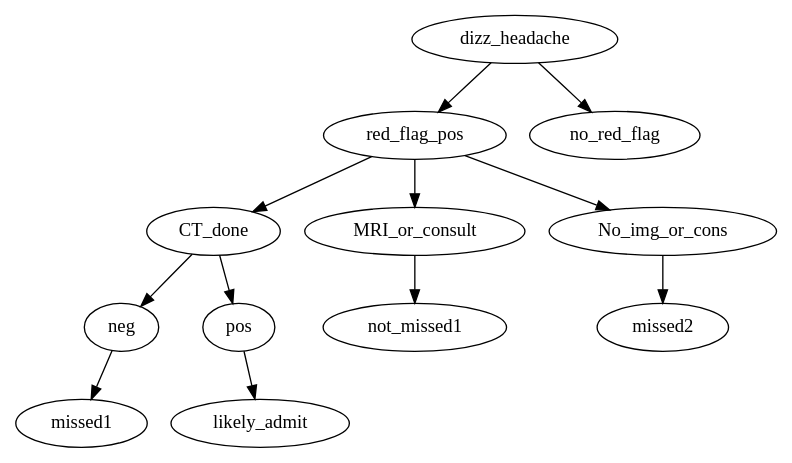
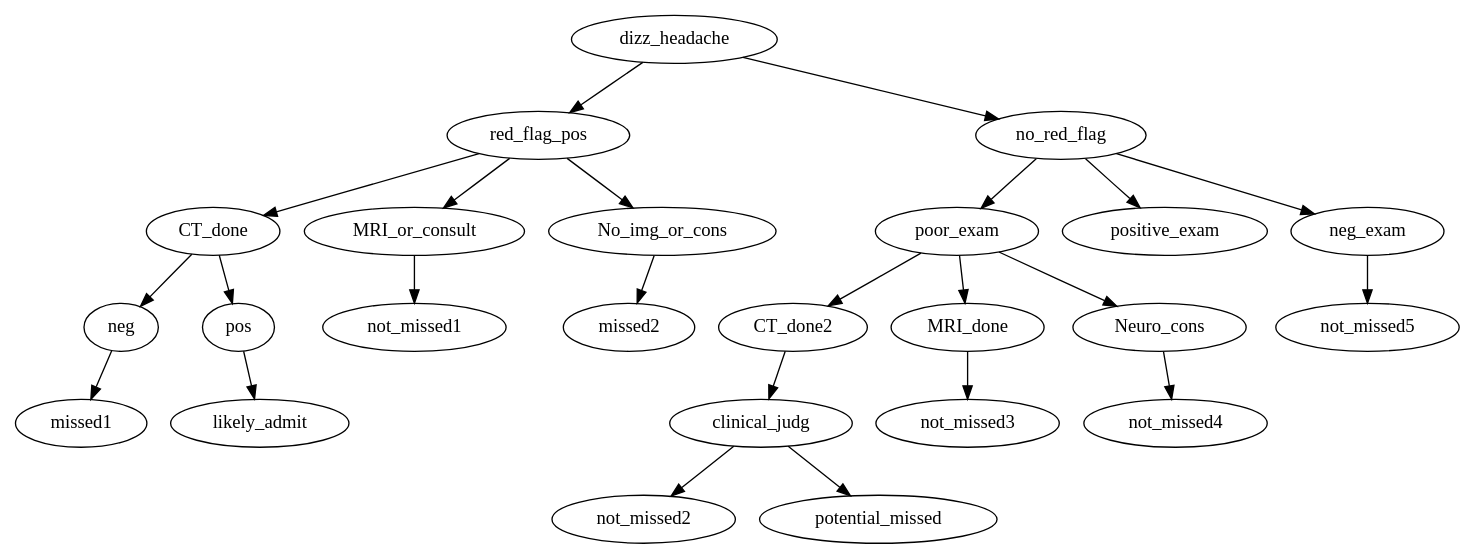
One commit to zimolzak/opportunity-graph changed the diagram in missed-opportunity.dot. Above: the diagram before and after it, drawn with Graphviz.

Commit message:
Flesh out right side. About to rename.

```diff
--- a/missed-opportunity.dot
+++ b/missed-opportunity.dot
@@ -1,12 +1,29 @@
 digraph{
 
 dizz_headache -> red_flag_pos
 dizz_headache -> no_red_flag
 
 red_flag_pos -> CT_done
 CT_done -> neg -> missed1
 CT_done -> pos -> likely_admit
 red_flag_pos -> MRI_or_consult -> not_missed1
 red_flag_pos -> No_img_or_cons -> missed2
 
+# right branch no red flags
+
+no_red_flag -> poor_exam
+no_red_flag -> positive_exam
+no_red_flag -> neg_exam -> not_missed5
+
+poor_exam -> CT_done2
+poor_exam -> MRI_done -> not_missed3
+poor_exam -> Neuro_cons -> not_missed4
+
+CT_done2 -> clinical_judg
+clinical_judg -> not_missed2
+clinical_judg -> potential_missed
+
+
+
+
 }
```
